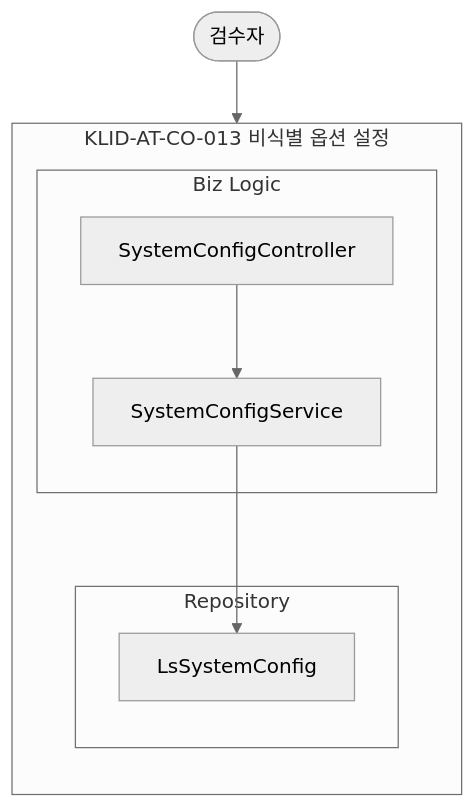
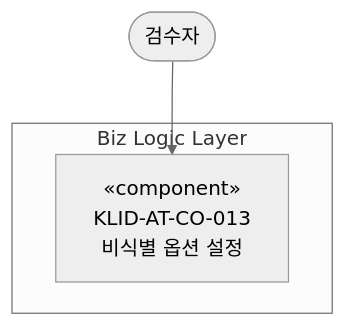
Diagram 12 of 18 in docs/design/D3-컴포넌트설계서.md (New-stella/klid-label), drawn with Mermaid (neutral theme) before and after one commit. The commit also changed other lines of this file and 10 other files, not shown here.

````diff
--- a/docs/design/D3-컴포넌트설계서.md
+++ b/docs/design/D3-컴포넌트설계서.md
@@ -377,17 +255,8 @@
 ```mermaid
 flowchart TD
     REVIEWER([검수자])
-    subgraph CO013[KLID-AT-CO-013 비식별 옵션 설정]
-        direction TB
-        subgraph BIZ13[Biz Logic]
-            SCC13[SystemConfigController]
-            SCS13[SystemConfigService]
-        end
-        subgraph REP13[Repository]
-            CFG13[LsSystemConfig]
-        end
-        SCC13 --> SCS13
-        SCS13 --> CFG13
+    subgraph BIZ13[Biz Logic Layer]
+        CO013["«component»<br/>KLID-AT-CO-013<br/>비식별 옵션 설정"]
     end
-    REVIEWER --> SCC13
+    REVIEWER --> CO013
 ```
````
